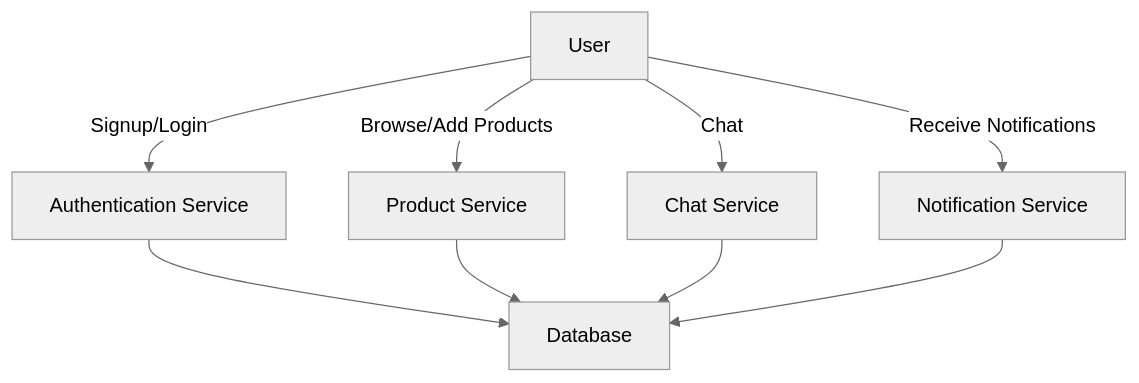
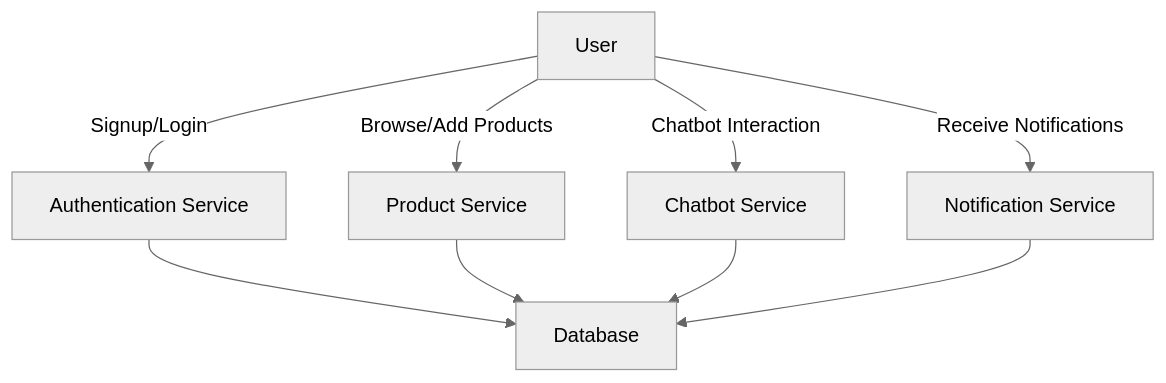
The second of 2 diagrams in README.md (RangiraDave/AgriConnect), drawn with Mermaid (neutral theme) before and after one commit. The commit also changed other lines of this file, not shown here.

Commit message:
Updated Readme wit the chatbot feature

````diff
--- a/README.md
+++ b/README.md
@@ -135,11 +116,11 @@
 ```mermaid
 graph TD
     A[User] -->|Signup/Login| B[Authentication Service]
     B --> C[Database]
     A -->|Browse/Add Products| D[Product Service]
     D --> C
-    A -->|Chat| E[Chat Service]
+    A -->|Chatbot Interaction| E[Chatbot Service]
     E --> C
     A -->|Receive Notifications| F[Notification Service]
     F --> C
 ```
````
